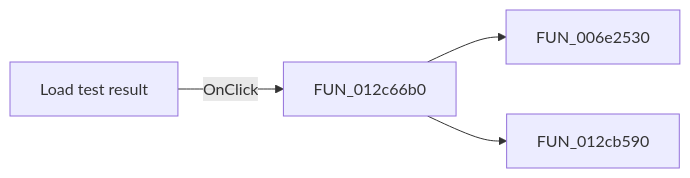
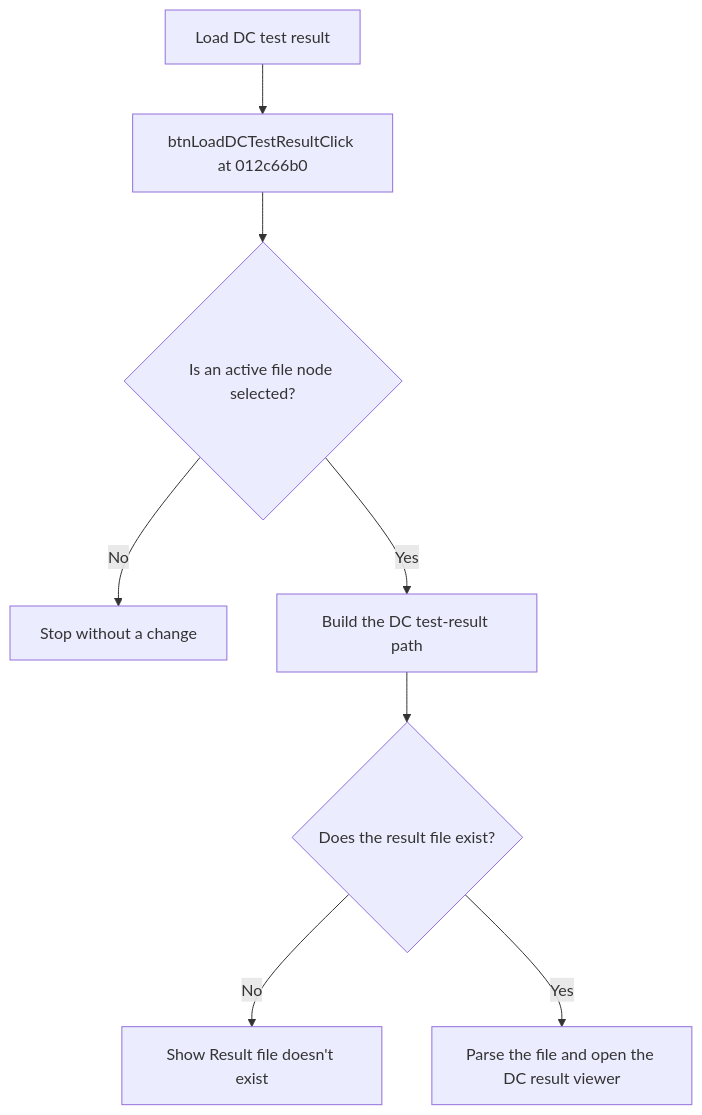
One commit to MovGP0/TIARA changed the diagram in docs/ui-controls/frmtestbencheditor/btnloaddctestresult-ebbe8ddb97.md. Above: the diagram before and after it, drawn with Mermaid. The commit also changed other lines of this file and 387 other files, not shown here.

````diff
--- a/docs/ui-controls/frmtestbencheditor/btnloaddctestresult-ebbe8ddb97.md
+++ b/docs/ui-controls/frmtestbencheditor/btnloaddctestresult-ebbe8ddb97.md
@@ -27,6 +19,10 @@
 ```mermaid
-flowchart LR
-    control["Load test result"] -->|OnClick| handler["FUN_012c66b0"]
-    handler --> call1["FUN_006e2530"]
-    handler --> call2["FUN_012cb590"]
+flowchart TD
+    control["Load DC test result"] --> handler["btnLoadDCTestResultClick at 012c66b0"]
+    handler --> selected{"Is an active file node selected?"}
+    selected -->|No| stop["Stop without a change"]
+    selected -->|Yes| path["Build the DC test-result path"]
+    path --> exists{"Does the result file exist?"}
+    exists -->|No| error["Show Result file doesn't exist"]
+    exists -->|Yes| viewer["Parse the file and open the DC result viewer"]
 ```
````
